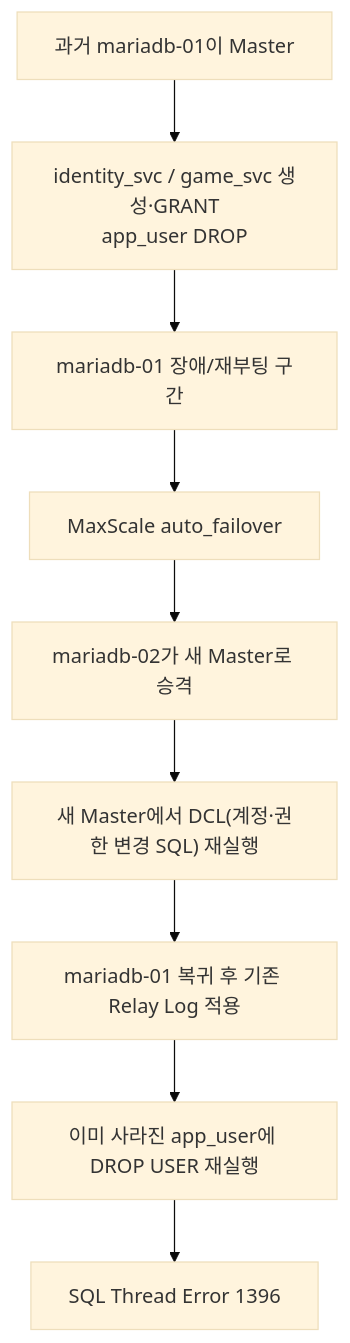
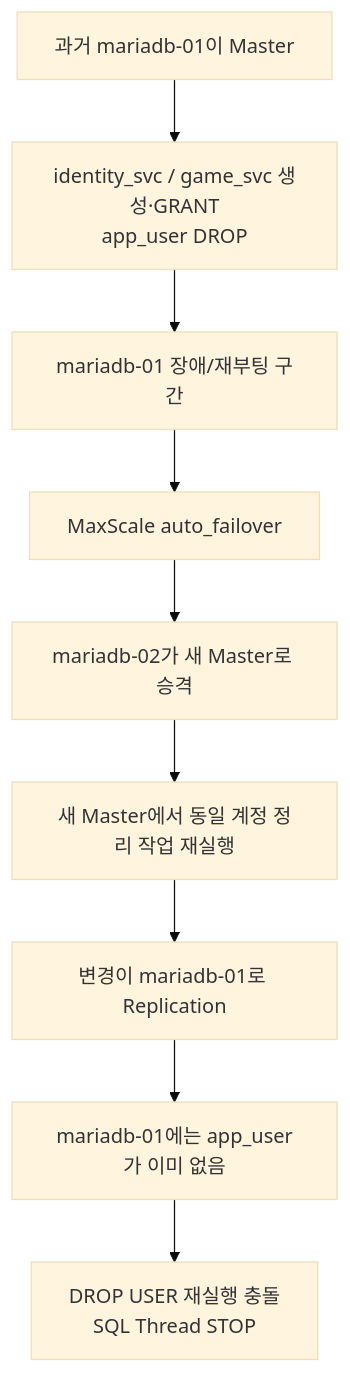
One commit to seokpan/seokpan-docs changed the diagram in troubleshooting/TS-004_MariaDB_Master_역전_DCL_복제_충돌.md. Above: the diagram before and after it, drawn with Mermaid (base theme). The commit also changed other lines of this file and 9 other files, not shown here.

````diff
--- a/troubleshooting/TS-004_MariaDB_Master_역전_DCL_복제_충돌.md
+++ b/troubleshooting/TS-004_MariaDB_Master_역전_DCL_복제_충돌.md
@@ -29,14 +29,14 @@
 ```mermaid
 flowchart TD
     A["과거 mariadb-01이 Master"]
     B["identity_svc / game_svc 생성·GRANT<br/>app_user DROP"]
     C["mariadb-01 장애/재부팅 구간"]
     D["MaxScale auto_failover"]
     E["mariadb-02가 새 Master로 승격"]
-    F["새 Master에서 DCL(계정·권한 변경 SQL) 재실행"]
-    G["mariadb-01 복귀 후 기존 Relay Log 적용"]
-    H["이미 사라진 app_user에 DROP USER 재실행"]
-    I["SQL Thread Error 1396"]
+    F["새 Master에서 동일 계정 정리 작업 재실행"]
+    G["변경이 mariadb-01로 Replication"]
+    H["mariadb-01에는 app_user가 이미 없음"]
+    I["DROP USER 재실행 충돌<br/>SQL Thread STOP"]
 
     A --> B --> C --> D --> E --> F --> G --> H --> I
 ```
````
